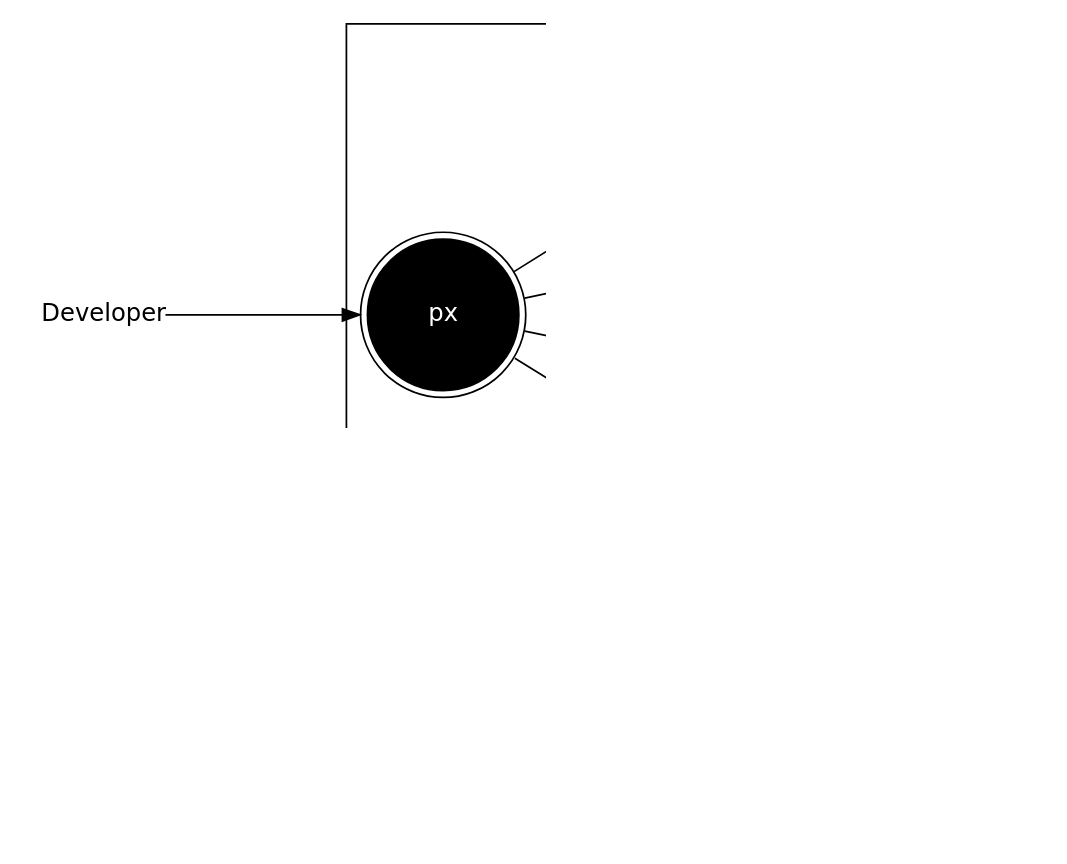
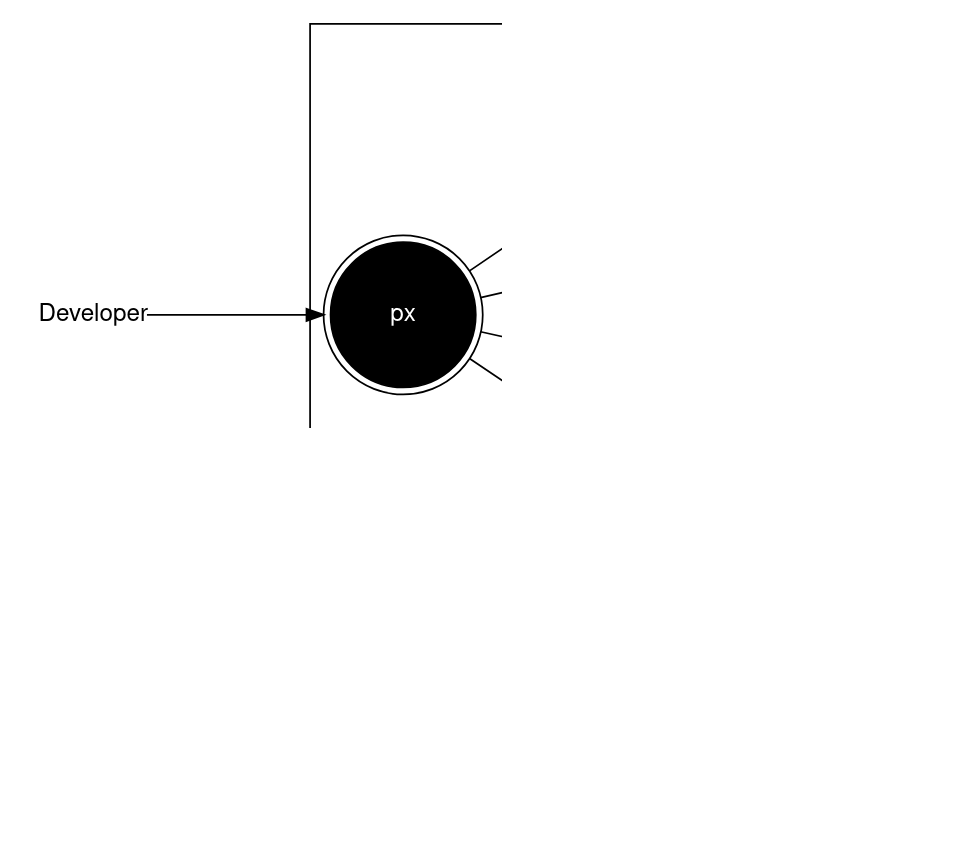
The diagram in doc/pics/kontextdiagramm.dot (patrickbucher/wipro), drawn with Graphviz before and after one commit. The commit also changed 13 other files, not shown here.

```diff
--- a/doc/pics/kontextdiagramm.dot
+++ b/doc/pics/kontextdiagramm.dot
@@ -1,47 +1,47 @@
 digraph kontextdiagramm {
 
 	rankdir="LR";
 	dpi="150";
 
-	graph [fontname="DejaVu Sans", nodesep="0.6"];
-	node [fontname="DejaVu Sans"];
-	edge [fontname="DejaVu Sans"];
+	graph [fontname="Nimbus Sans", nodesep="0.6"];
+	node [fontname="Nimbus Sans"];
+	edge [fontname="Nimbus Sans"];
 
 	subgraph cluster_systemkontext {
-		fontname="DejaVu Sans";
+		fontname="Nimbus Sans";
 		label="Systemkontext";
 
 		"IDP" [shape="ellipse"];
 		"IDP API" [shape="box"];
 
 		"Backend" [shape="ellipse"];
 		"User API" [shape="box"];
 		"Delivery API" [shape="box"];
 		"Admin API" [shape="box"];
 
 		"px" [shape="doublecircle",style="filled",fillcolor="black",fontcolor="white",margin="0.3"];
 	}
 
 	"Frontend (Portal)" [shape="ellipse"];
 	"Frontend (Backoffice)" [shape="ellipse"];
 
 	"Portal User" [shape="plain"];
 	"Backoffice User" [shape="plain"];
 	"Scanning Center" [shape="plain"];
 	"Developer" [shape="plain"];
 
 	"IDP API" -> "IDP";
 	"Frontend (Portal)" -> "IDP API";
 	"Frontend (Backoffice)" -> "IDP API";
 	"Scanning Center" -> "IDP API";
 
 	"Portal User" -> "Frontend (Portal)" -> "User API" -> "Backend";
 	"Backoffice User" -> "Frontend (Backoffice)" -> "Admin API" -> "Backend";
 	"Scanning Center" -> "Delivery API" -> "Backend";
 
 	"Developer" -> "px";
 	"px" -> "IDP API";
 	"px" -> "User API";
 	"px" -> "Admin API";
 	"px" -> "Delivery API";
 }
```
